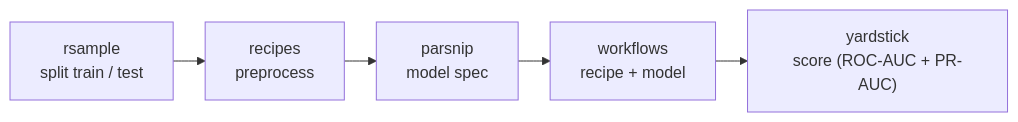
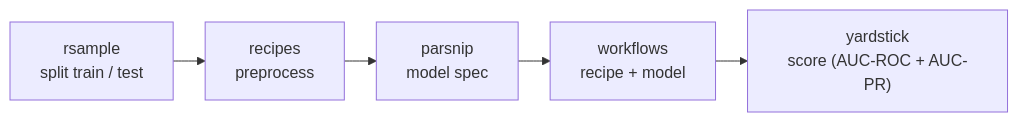
One commit to CorradoLanera/mlt-overview changed the first of 2 diagrams in slides/workshops/mlt-r-basic/00-basic-deck.qmd. Above: the diagram before and after it, drawn with Mermaid. The commit also changed other lines of this file and 1 other file, not shown here.

````diff
--- a/slides/workshops/mlt-r-basic/00-basic-deck.qmd
+++ b/slides/workshops/mlt-r-basic/00-basic-deck.qmd
@@ -193,8 +193,8 @@
 ```{mermaid}
 %%{init: {'flowchart': {'nodeSpacing': 24, 'rankSpacing': 32}}}%%
 flowchart LR
   RS["rsample<br/>split train / test"] --> RC["recipes<br/>preprocess"]
   RC --> PS["parsnip<br/>model spec"]
   PS --> WF["workflows<br/>recipe + model"]
-  WF --> YS["yardstick<br/>score (ROC-AUC + PR-AUC)"]
+  WF --> YS["yardstick<br/>score (AUC-ROC + AUC-PR)"]
 ```
````
